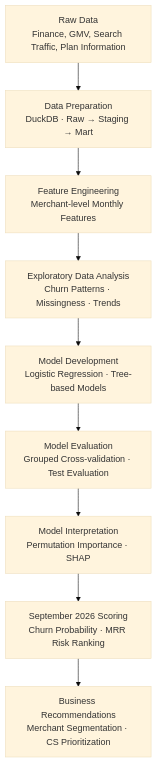
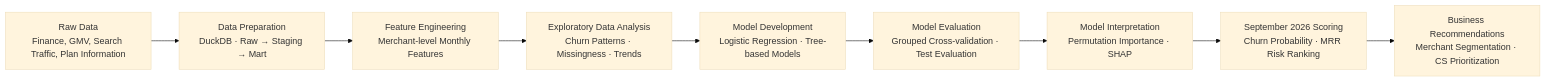
The diagram in README.md (LinhNguyenkhanh123/churn-prediction), drawn with Mermaid (base theme) before and after one commit.

````diff
--- a/README.md
+++ b/README.md
@@ -21,12 +21,12 @@
 ```mermaid
-flowchart TD
+flowchart LR
     A["Raw Data<br/>Finance, GMV, Search Traffic, Plan Information"] 
     --> B["Data Preparation<br/>DuckDB · Raw → Staging → Mart"]
     B --> C["Feature Engineering<br/>Merchant-level Monthly Features"]
     C --> D["Exploratory Data Analysis<br/>Churn Patterns · Missingness · Trends"]
     D --> E["Model Development<br/>Logistic Regression · Tree-based Models"]
     E --> F["Model Evaluation<br/>Grouped Cross-validation · Test Evaluation"]
     F --> G["Model Interpretation<br/>Permutation Importance · SHAP"]
     G --> H["September 2026 Scoring<br/>Churn Probability · MRR Risk Ranking"]
     H --> I["Business Recommendations<br/>Merchant Segmentation · CS Prioritization"]
 ```
````
